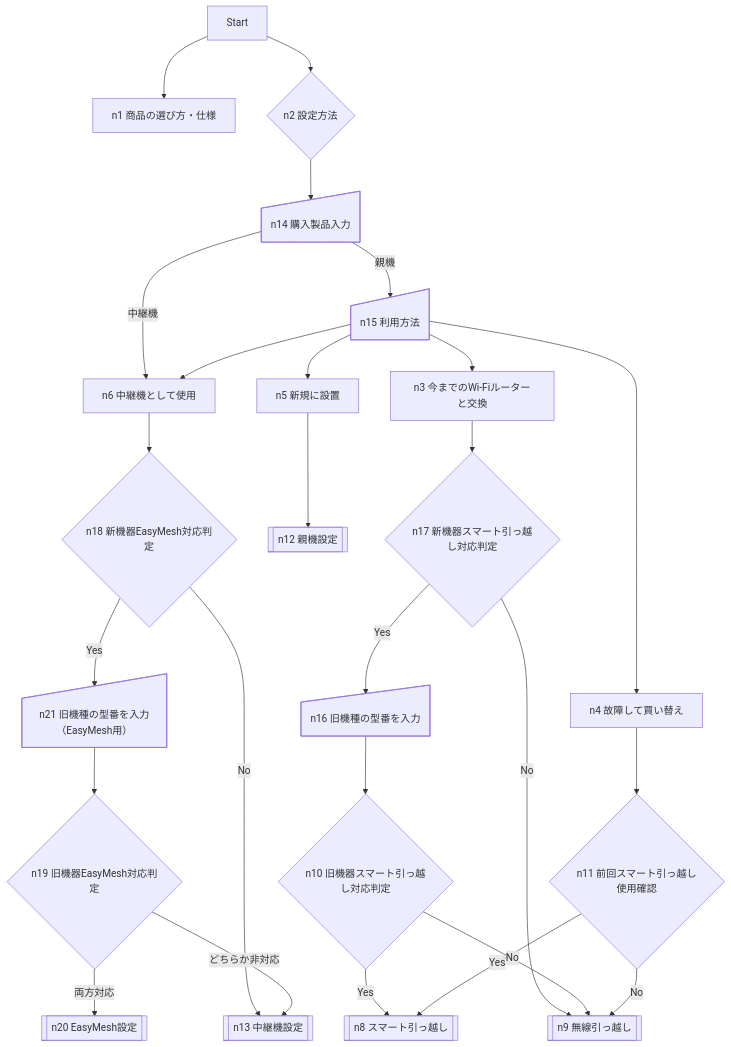
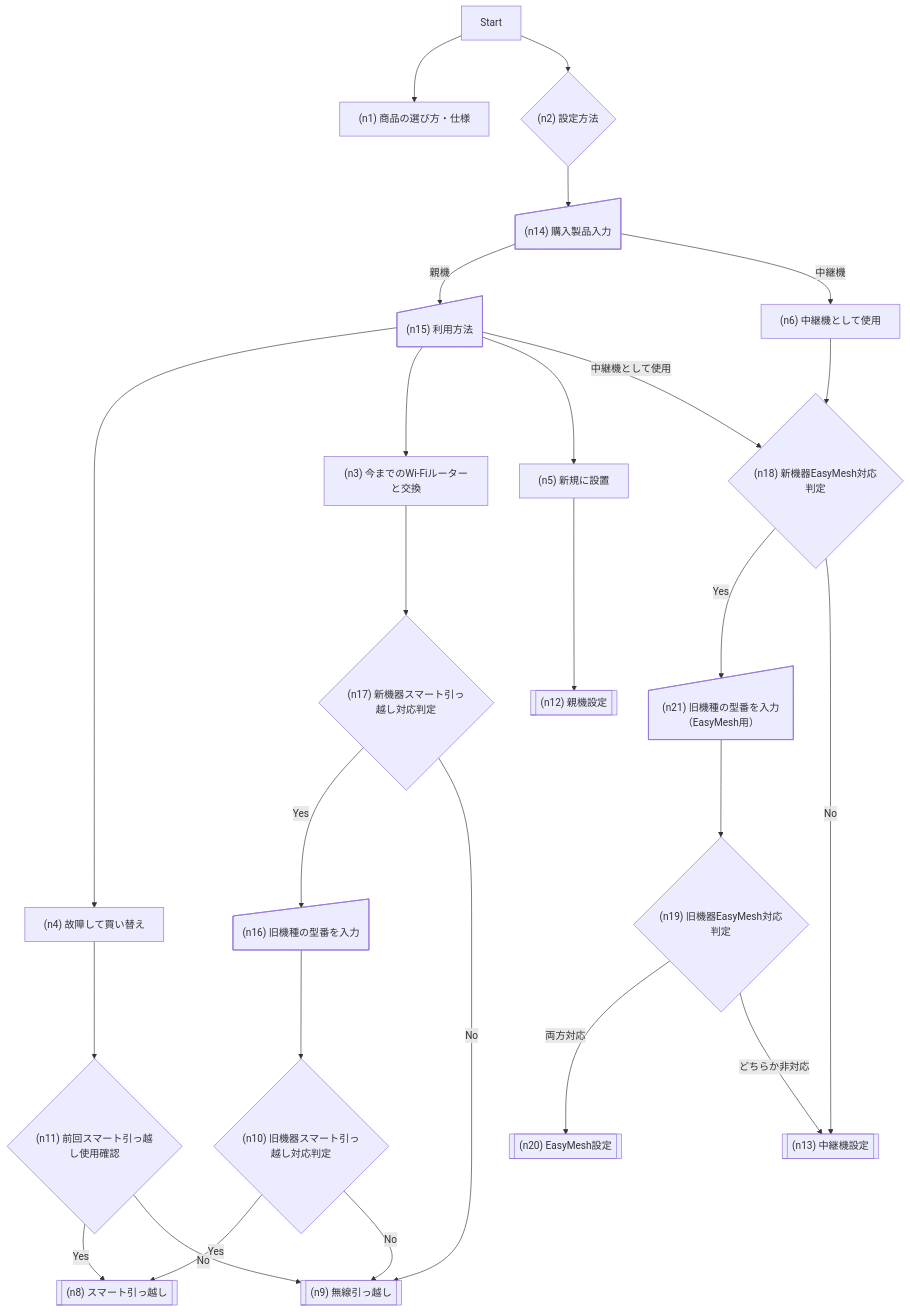
One commit to murai-buffalo/support-flow changed the diagram in docs/flow/start.mermaid. Above: the diagram before and after it, drawn with Mermaid. The commit also changed 1 other file, not shown here.

Commit message:
Fix formatting and improve readability in EasyMesh flow and old router input page

```diff
--- a/docs/flow/start.mermaid
+++ b/docs/flow/start.mermaid
@@ -1,45 +1,46 @@
 ---
 config:
   layout: dagre
 ---
 flowchart TD
-    start["Start"] --> n1["n1 商品の選び方・仕様"] & n2["n2 設定方法"]
-    n2 --> n14["n14 購入製品入力"]
-    n14 -- 親機 --> n15["n15 利用方法"]
-    n14 -- 中継機 --> n6["n6 中継機として使用"]
-    n15 --> n6 & n4 & n3 & n5
+    start["Start"] --> n1["(n1) 商品の選び方・仕様"] & n2["(n2) 設定方法"]
+    n2 --> n14["(n14) 購入製品入力"]
+    n14 -- 親機 --> n15["(n15) 利用方法"]
+    n14 -- 中継機 --> n6["(n6) 中継機として使用"]
+    n15 --> n4 & n3 & n5
+    n15 -- "中継機として使用" --> n18["(n18) 新機器EasyMesh対応判定"]
     
-    n3["n3 今までのWi-Fiルーターと交換"] --> n17["n17 新機器スマート引っ越し対応判定"]
-    n17 -- Yes --> n16["n16 旧機種の型番を入力"]
-    n17 -- No --> n9["n9 無線引っ越し"]
-    n16 --> n10["n10 旧機器スマート引っ越し対応判定"]
-    n10 -- Yes --> n8["n8 スマート引っ越し"]
+    n3["(n3) 今までのWi-Fiルーターと交換"] --> n17["(n17) 新機器スマート引っ越し対応判定"]
+    n17 -- Yes --> n16["(n16) 旧機種の型番を入力"]
+    n17 -- No --> n9["(n9) 無線引っ越し"]
+    n16 --> n10["(n10) 旧機器スマート引っ越し対応判定"]
+    n10 -- Yes --> n8["(n8) スマート引っ越し"]
     n10 -- No --> n9
 
-    n4["n4 故障して買い替え"] --> n11["n11 前回スマート引っ越し使用確認"]
+    n4["(n4) 故障して買い替え"] --> n11["(n11) 前回スマート引っ越し使用確認"]
     n11 -- Yes --> n8
     n11 -- No --> n9
 
-    n5["n5 新規に設置"] --> n12["n12 親機設定"]
-    n6 --> n18["n18 新機器EasyMesh対応判定"]
-    n18 -- Yes --> n21["n21 旧機種の型番を入力（EasyMesh用）"]
-    n18 -- No --> n13["n13 中継機設定"]
-    n21 --> n19["n19 旧機器EasyMesh対応判定"]
-    n19 -- "両方対応" --> n20["n20 EasyMesh設定"]
+    n5["(n5) 新規に設置"] --> n12["(n12) 親機設定"]
+    n6 --> n18["(n18) 新機器EasyMesh対応判定"]
+    n18 -- Yes --> n21["(n21) 旧機種の型番を入力（EasyMesh用）"]
+    n18 -- No --> n13["(n13) 中継機設定"]
+    n21 --> n19["(n19) 旧機器EasyMesh対応判定"]
+    n19 -- "両方対応" --> n20["(n20) EasyMesh設定"]
     n19 -- "どちらか非対応" --> n13
     
     n2@{ shape: diam}
     n14@{ shape: manual-input}
     n15@{ shape: manual-input}
     n17@{ shape: diam}
     n16@{ shape: manual-input}
     n21@{ shape: manual-input}
     n10@{ shape: diam}
     n11@{ shape: diam}
     n18@{ shape: diam}
     n19@{ shape: diam}
     n8@{ shape: subproc}
     n9@{ shape: subproc}
     n12@{ shape: subproc}
     n13@{ shape: subproc}
     n20@{ shape: subproc}
```
